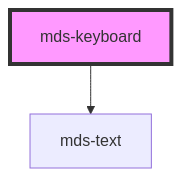
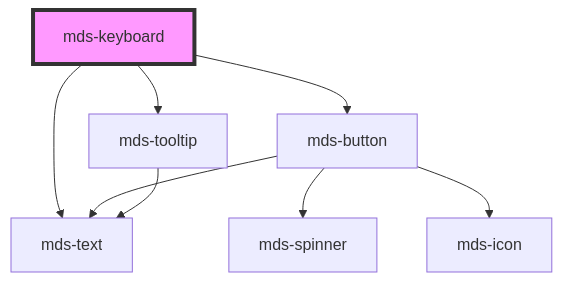
The diagram in projects/stencil/src/components/mds-keyboard/readme.md (magma-design-system/magma), drawn with Mermaid before and after one commit. The commit also changed other lines of this file and 11 other files, not shown here.

Commit message:
refact(mds-keyboard): add various code changes to make logic more robust

````diff
--- a/projects/stencil/src/components/mds-keyboard/readme.md
+++ b/projects/stencil/src/components/mds-keyboard/readme.md
@@ -15,5 +38,11 @@
 ```mermaid
 graph TD;
   mds-keyboard --> mds-text
+  mds-keyboard --> mds-button
+  mds-keyboard --> mds-tooltip
+  mds-button --> mds-spinner
+  mds-button --> mds-icon
+  mds-button --> mds-text
+  mds-tooltip --> mds-text
   style mds-keyboard fill:#f9f,stroke:#333,stroke-width:4px
 ```
````
